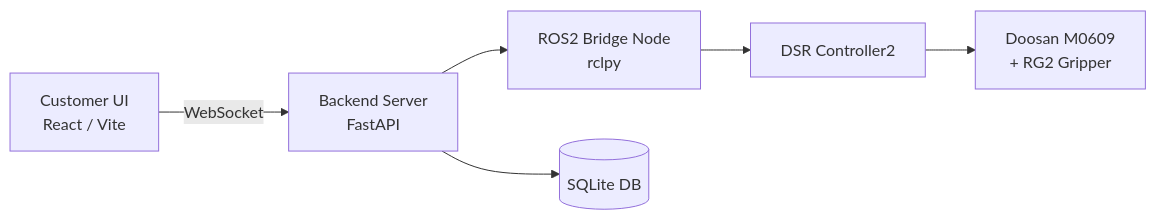
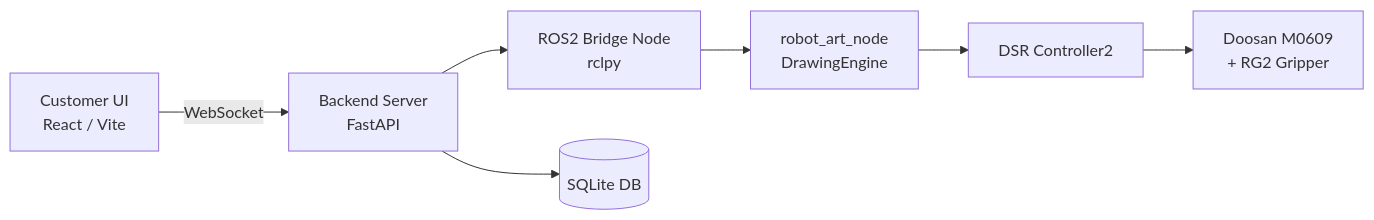
The diagram in README.md (kimjihoon001/A_2), drawn with Mermaid before and after one commit. The commit also changed other lines of this file and 1 other file, not shown here.

Commit message:
docs: 제출 양식으로 README 재구성, 플로우차트 추가

````diff
--- a/README.md
+++ b/README.md
@@ -28,8 +12,9 @@
 ```mermaid
 flowchart LR
     A[Customer UI<br/>React / Vite] -->|WebSocket| B[Backend Server<br/>FastAPI]
     B --> C[ROS2 Bridge Node<br/>rclpy]
-    C --> D[DSR Controller2]
-    D --> E[Doosan M0609<br/>+ RG2 Gripper]
-    B --> F[(SQLite DB)]
+    C --> D[robot_art_node<br/>DrawingEngine]
+    D --> E[DSR Controller2]
+    E --> F[Doosan M0609<br/>+ RG2 Gripper]
+    B --> G[(SQLite DB)]
 ```
````
